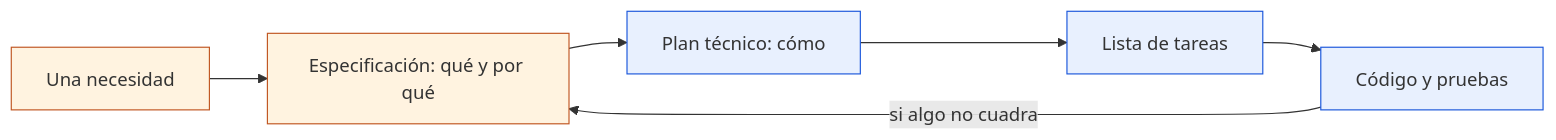
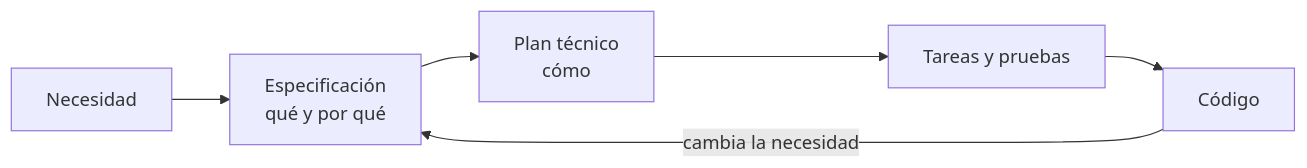
Before and after one commit to antroc/charla-sdd: the diagram in README.md, drawn with Mermaid. The commit also changed other lines of this file, not shown here.

````diff
--- a/README.md
+++ b/README.md
@@ -9,12 +9,8 @@
 ```mermaid
 flowchart LR
-  idea["Una necesidad"] --> spec["Especificación: qué y por qué"]
-  spec --> plan["Plan técnico: cómo"]
-  plan --> tareas["Lista de tareas"]
-  tareas --> codigo["Código y pruebas"]
-  codigo -->|"si algo no cuadra"| spec
-  classDef negocio fill:#FFF3E0,stroke:#C05621;
-  classDef tecnico fill:#E8F0FE,stroke:#1A56DB;
-  class idea,spec negocio;
-  class plan,tareas,codigo tecnico;
+  A["Necesidad"] --> B["Especificación<br/>qué y por qué"]
+  B --> C["Plan técnico<br/>cómo"]
+  C --> D["Tareas y pruebas"]
+  D --> E["Código"]
+  E -->|"cambia la necesidad"| B
 ```
````
